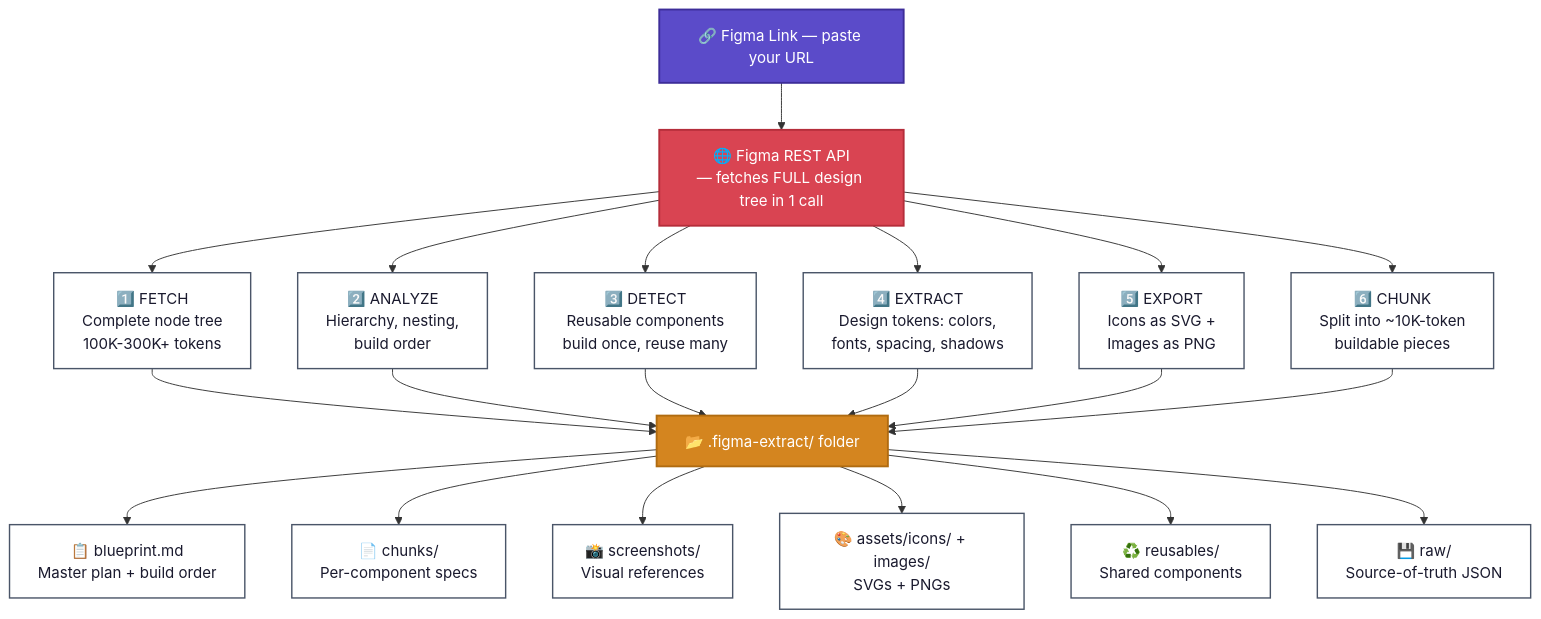
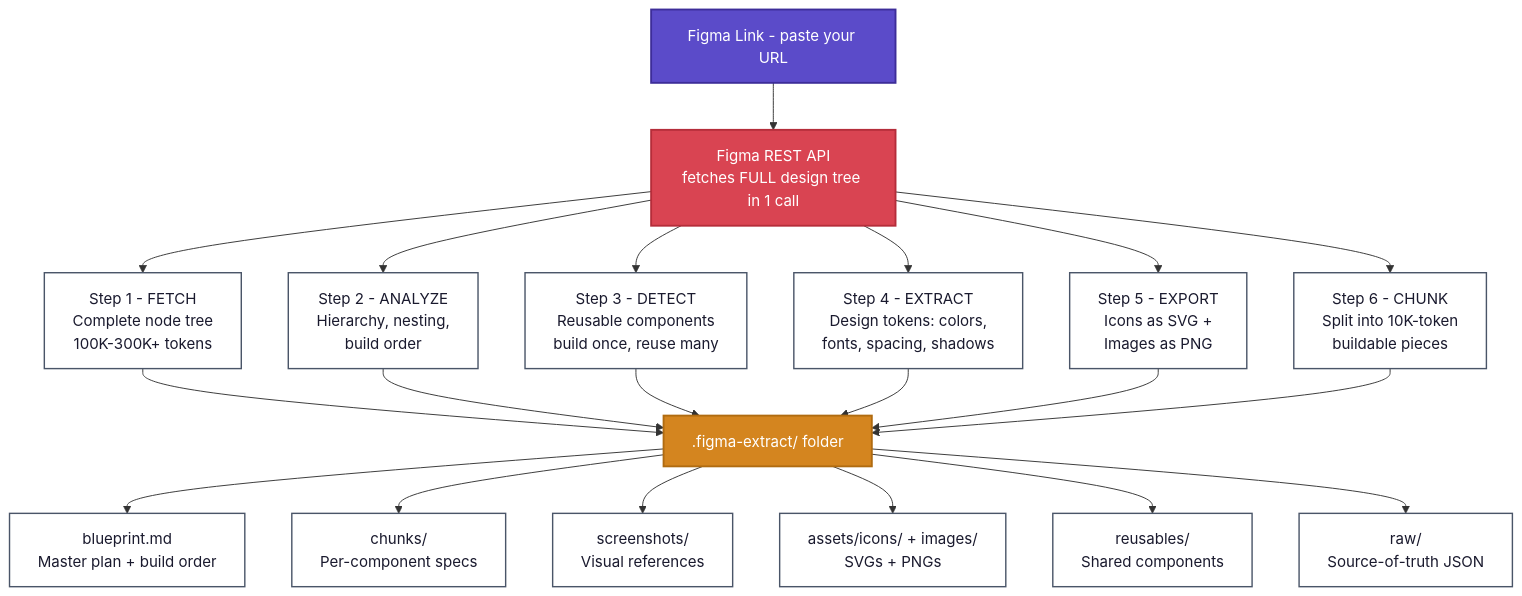
One commit to bazingga08/figma-to-code changed the second of 10 diagrams in README.md. Above: the diagram before and after it, drawn with Mermaid. The commit also changed other lines of this file, not shown here.

First line of the commit message:
fix: remove emojis from Mermaid diagrams to fix GitHub 500 error

````diff
--- a/README.md
+++ b/README.md
@@ -55,43 +55,43 @@
 ```mermaid
 flowchart TD
-    LINK["🔗 Figma Link — paste your URL"] --> API["🌐 Figma REST API\n— fetches FULL design tree in 1 call"]
+    LINK[Figma Link - paste your URL] --> API[Figma REST API<br/>fetches FULL design tree in 1 call]
 
-    API --> S1["1️⃣ FETCH\nComplete node tree\n100K-300K+ tokens"]
-    API --> S2["2️⃣ ANALYZE\nHierarchy, nesting,\nbuild order"]
-    API --> S3["3️⃣ DETECT\nReusable components\nbuild once, reuse many"]
-    API --> S4["4️⃣ EXTRACT\nDesign tokens: colors,\nfonts, spacing, shadows"]
-    API --> S5["5️⃣ EXPORT\nIcons as SVG +\nImages as PNG"]
-    API --> S6["6️⃣ CHUNK\nSplit into ~10K-token\nbuildable pieces"]
+    API --> S1[Step 1 - FETCH<br/>Complete node tree<br/>100K-300K+ tokens]
+    API --> S2[Step 2 - ANALYZE<br/>Hierarchy, nesting,<br/>build order]
+    API --> S3[Step 3 - DETECT<br/>Reusable components<br/>build once, reuse many]
+    API --> S4[Step 4 - EXTRACT<br/>Design tokens: colors,<br/>fonts, spacing, shadows]
+    API --> S5[Step 5 - EXPORT<br/>Icons as SVG +<br/>Images as PNG]
+    API --> S6[Step 6 - CHUNK<br/>Split into 10K-token<br/>buildable pieces]
 
     S1 --> OUT
     S2 --> OUT
     S3 --> OUT
     S4 --> OUT
     S5 --> OUT
     S6 --> OUT
 
-    OUT["📂 .figma-extract/ folder"]
+    OUT[.figma-extract/ folder]
 
-    OUT --> F1["📋 blueprint.md\nMaster plan + build order"]
-    OUT --> F2["📄 chunks/\nPer-component specs"]
-    OUT --> F3["📸 screenshots/\nVisual references"]
-    OUT --> F4["🎨 assets/icons/ + images/\nSVGs + PNGs"]
-    OUT --> F5["♻️ reusables/\nShared components"]
-    OUT --> F6["💾 raw/\nSource-of-truth JSON"]
+    OUT --> F1[blueprint.md<br/>Master plan + build order]
+    OUT --> F2[chunks/<br/>Per-component specs]
+    OUT --> F3[screenshots/<br/>Visual references]
+    OUT --> F4[assets/icons/ + images/<br/>SVGs + PNGs]
+    OUT --> F5[reusables/<br/>Shared components]
+    OUT --> F6[raw/<br/>Source-of-truth JSON]
 
     style LINK fill:#5B4BC9,color:#ffffff,stroke:#3d2d99,stroke-width:2px
     style API fill:#D94452,color:#ffffff,stroke:#b52d3a,stroke-width:2px
     style OUT fill:#D4851F,color:#ffffff,stroke:#b06b10,stroke-width:2px
     style S1 fill:#ffffff,color:#1a1a2e,stroke:#4a5568,stroke-width:1.5px
     style S2 fill:#ffffff,color:#1a1a2e,stroke:#4a5568,stroke-width:1.5px
     style S3 fill:#ffffff,color:#1a1a2e,stroke:#4a5568,stroke-width:1.5px
     style S4 fill:#ffffff,color:#1a1a2e,stroke:#4a5568,stroke-width:1.5px
     style S5 fill:#ffffff,color:#1a1a2e,stroke:#4a5568,stroke-width:1.5px
     style S6 fill:#ffffff,color:#1a1a2e,stroke:#4a5568,stroke-width:1.5px
     style F1 fill:#ffffff,color:#1a1a2e,stroke:#4a5568,stroke-width:1.5px
     style F2 fill:#ffffff,color:#1a1a2e,stroke:#4a5568,stroke-width:1.5px
     style F3 fill:#ffffff,color:#1a1a2e,stroke:#4a5568,stroke-width:1.5px
     style F4 fill:#ffffff,color:#1a1a2e,stroke:#4a5568,stroke-width:1.5px
     style F5 fill:#ffffff,color:#1a1a2e,stroke:#4a5568,stroke-width:1.5px
     style F6 fill:#ffffff,color:#1a1a2e,stroke:#4a5568,stroke-width:1.5px
 ```
````
